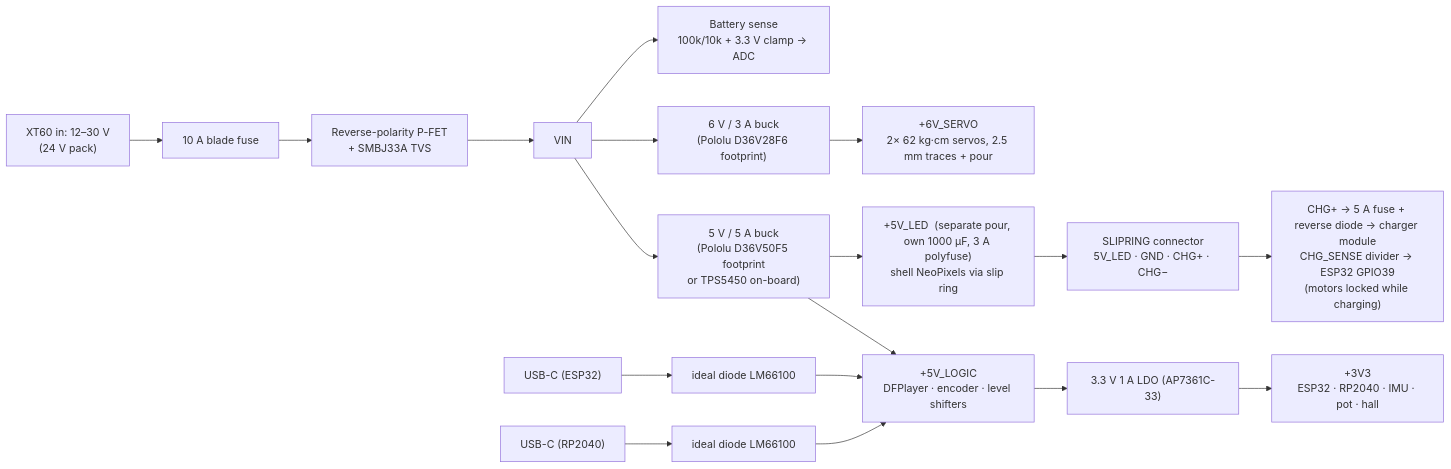
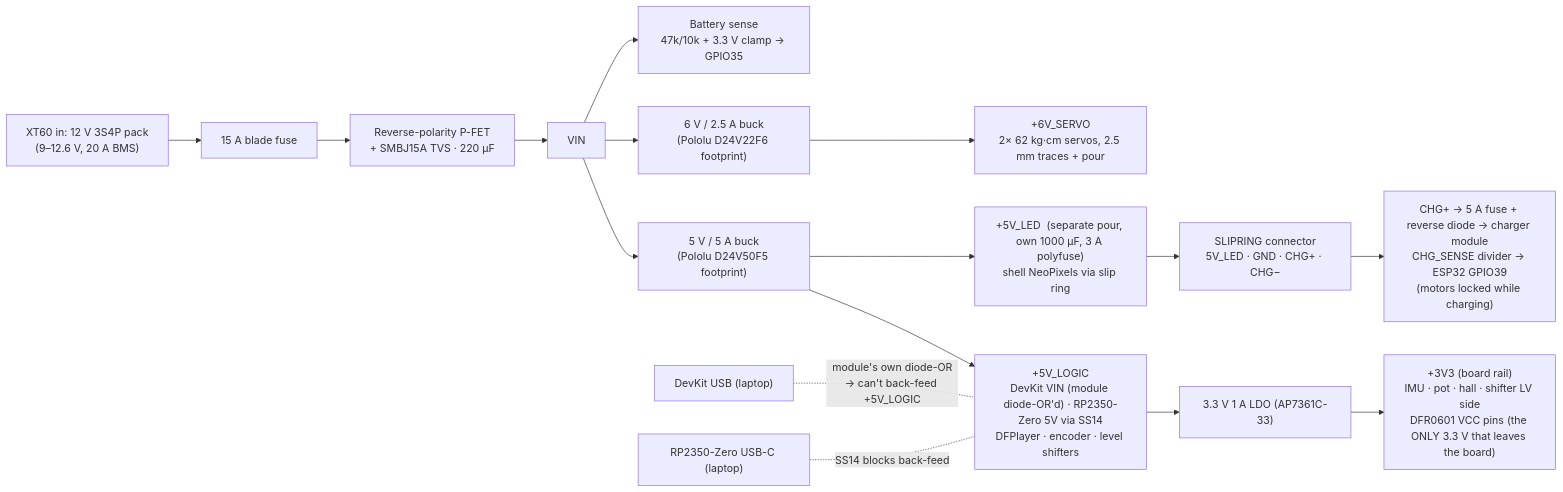
The second of 2 diagrams in docs/PCB_v10_Design.md (jlvandusen/Z-ClassControlSystem), drawn with Mermaid before and after one commit. The commit also changed other lines of this file, not shown here.

Commit message:
docs v10: whole spec aligned to the chosen modules — DevKit + RP2350-Zero pin maps validated against their headers, 12 V throughout

````diff
--- a/docs/PCB_v10_Design.md
+++ b/docs/PCB_v10_Design.md
@@ -90,15 +90,15 @@
 ```mermaid
 flowchart LR
-  BAT["XT60 in: 12–30 V\n(24 V pack)"] --> F["10 A blade fuse"] --> RPP["Reverse-polarity P-FET\n+ SMBJ33A TVS"] --> VIN
-  VIN --> B5["5 V / 5 A buck\n(Pololu D36V50F5 footprint\nor TPS5450 on-board)"]
-  VIN --> B6["6 V / 3 A buck\n(Pololu D36V28F6 footprint)"]
-  VIN --> BS["Battery sense\n100k/10k + 3.3 V clamp → ADC"]
-  B5 --> R5["+5V_LOGIC\nDFPlayer · encoder · level shifters"]
+  BAT["XT60 in: 12 V 3S4P pack\n(9–12.6 V, 20 A BMS)"] --> F["15 A blade fuse"] --> RPP["Reverse-polarity P-FET\n+ SMBJ15A TVS · 220 µF"] --> VIN
+  VIN --> B5["5 V / 5 A buck\n(Pololu D24V50F5 footprint)"]
+  VIN --> B6["6 V / 2.5 A buck\n(Pololu D24V22F6 footprint)"]
+  VIN --> BS["Battery sense\n47k/10k + 3.3 V clamp → GPIO35"]
+  B5 --> R5["+5V_LOGIC\nDevKit VIN (module diode-OR'd) · RP2350-Zero 5V via SS14\nDFPlayer · encoder · level shifters"]
   B5 --> R5L["+5V_LED  (separate pour, own 1000 µF, 3 A polyfuse)\nshell NeoPixels via slip ring"]
   R5L --> SR["SLIPRING connector\n5V_LED · GND · CHG+ · CHG−"]
   SR --> CHG["CHG+ → 5 A fuse + reverse diode → charger module\nCHG_SENSE divider → ESP32 GPIO39\n(motors locked while charging)"]
-  R5 --> LDO["3.3 V 1 A LDO (AP7361C-33)"] --> R33["+3V3\nESP32 · RP2040 · IMU · pot · hall"]
+  R5 --> LDO["3.3 V 1 A LDO (AP7361C-33)"] --> R33["+3V3 (board rail)\nIMU · pot · hall · shifter LV side\nDFR0601 VCC pins (the ONLY 3.3 V that leaves the board)"]
   B6 --> R6["+6V_SERVO\n2× 62 kg·cm servos, 2.5 mm traces + pour"]
-  USB1["USB-C (ESP32)"] --> OR1["ideal diode LM66100"] --> R5
-  USB2["USB-C (RP2040)"] --> OR2["ideal diode LM66100"] --> R5
+  USBE["DevKit USB (laptop)"] -. "module's own diode-OR\n→ can't back-feed +5V_LOGIC" .- R5
+  USBR["RP2350-Zero USB-C (laptop)"] -. "SS14 blocks back-feed" .- R5
 ```
````
